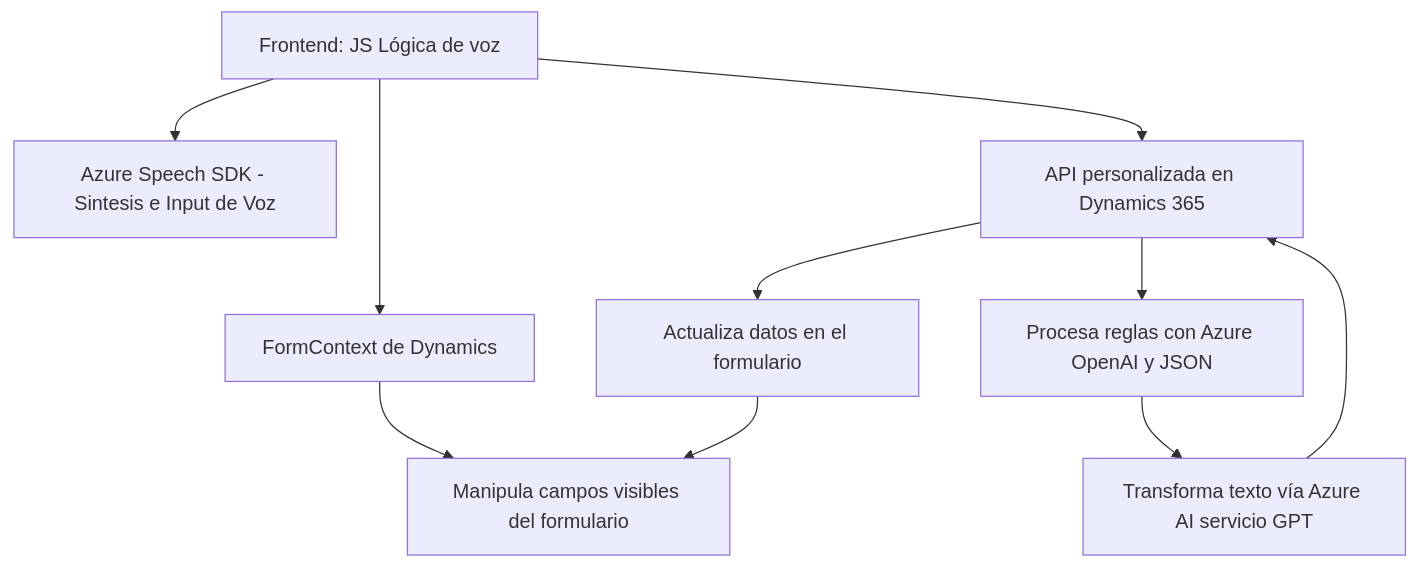
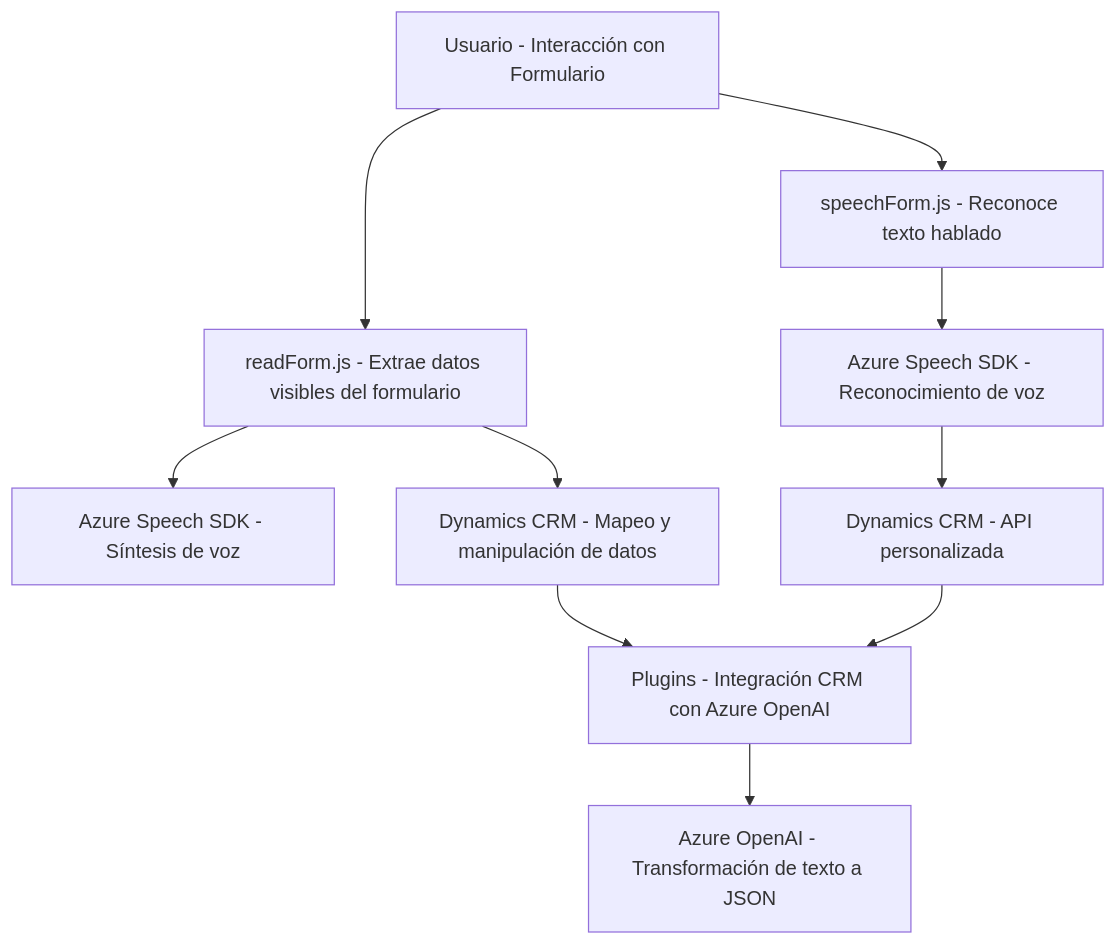
The diagram in README.md (blopezdm/NETCORE_BILBAO2025), drawn with Mermaid before and after one commit. The commit also changed other lines of this file, not shown here.

Commit message:
Actualizar análisis global de la solución con IA

````diff
--- a/README.md
+++ b/README.md
@@ -39,12 +44,12 @@
 ```mermaid
 graph TD
-    A["Frontend: JS Lógica de voz"] --> B["Azure Speech SDK - Sintesis e Input de Voz"]
-    A --> C["FormContext de Dynamics"]
-    C --> D["Manipula campos visibles del formulario"]
-    A --> E["API personalizada en Dynamics 365"]
-    E --> F["Procesa reglas con Azure OpenAI y JSON"]
-    E --> G["Actualiza datos en el formulario"]
-    G --> D
-    F --> H["Transforma texto vía Azure AI servicio GPT"]
-    H --> E
+    A["Usuario - Interacción con Formulario"] --> B["readForm.js - Extrae datos visibles del formulario"]
+    A --> C["speechForm.js - Reconoce texto hablado"]
+    B --> D["Azure Speech SDK - Síntesis de voz"]
+    C --> F["Azure Speech SDK - Reconocimiento de voz"]
+    F --> G["Dynamics CRM - API personalizada"]
+    G --> H["Plugins - Integración CRM con Azure OpenAI"]
+    B --> E["Dynamics CRM - Mapeo y manipulación de datos"]
+    E --> H
+    H --> I["Azure OpenAI - Transformación de texto a JSON"]
 ```
````
